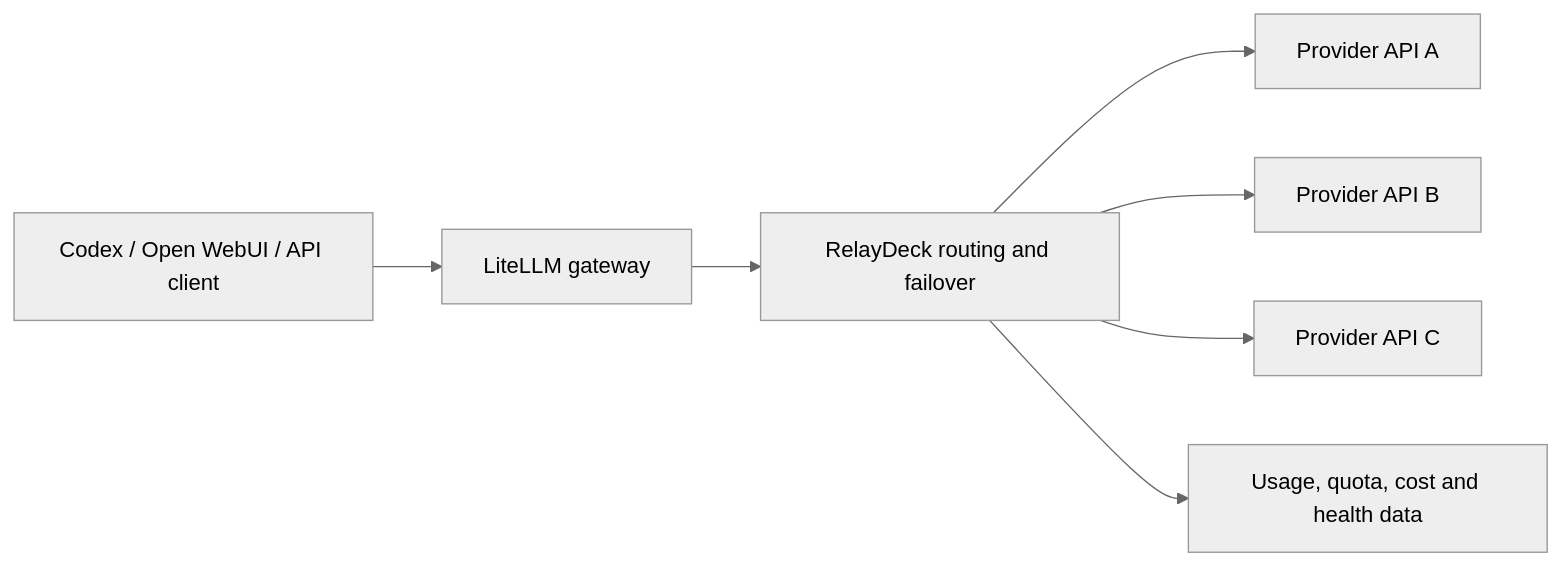
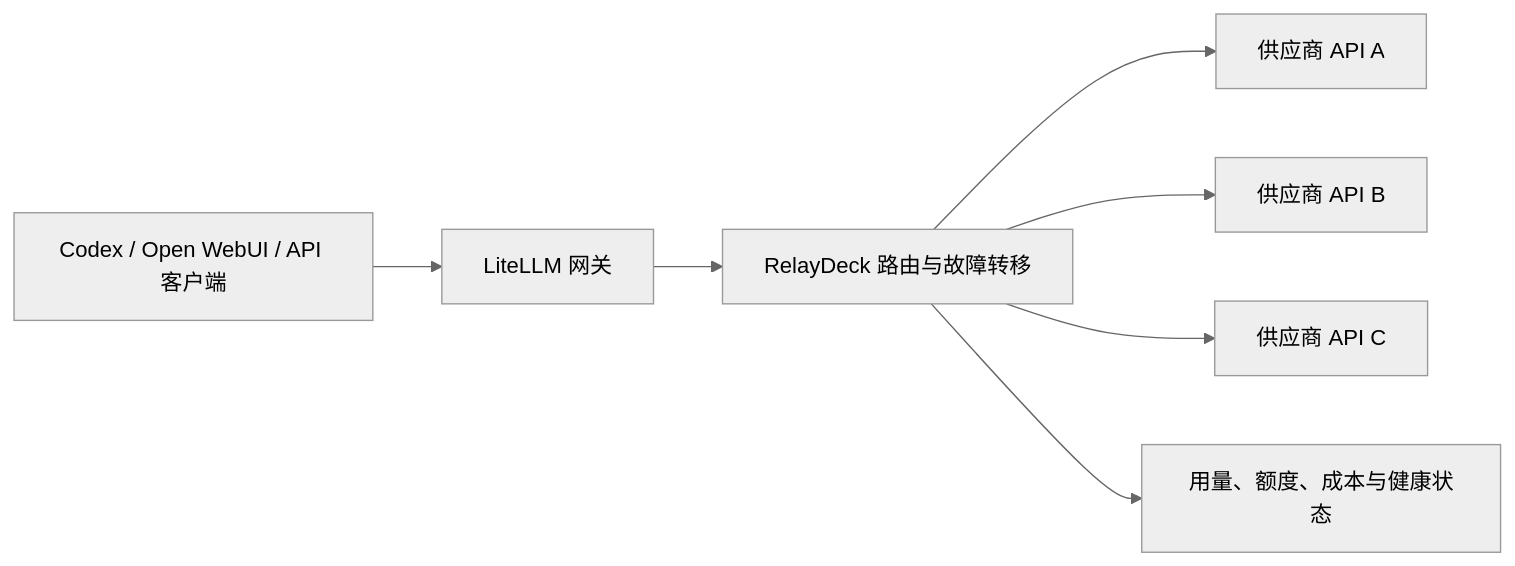
One commit to netdragon-beep/llm-cost-aware-multi-provider-router changed the diagram in README.md. Above: the diagram before and after it, drawn with Mermaid (neutral theme). The commit also changed other lines of this file and 3 other files, not shown here.

````diff
--- a/README.md
+++ b/README.md
@@ -26,9 +20,9 @@
 ```mermaid
 flowchart LR
-    C[Codex / Open WebUI / API client] --> G[LiteLLM gateway]
-    G --> R[RelayDeck routing and failover]
-    R --> P1[Provider API A]
-    R --> P2[Provider API B]
-    R --> P3[Provider API C]
-    R --> D[Usage, quota, cost and health data]
+    C["Codex / Open WebUI / API 客户端"] --> G["LiteLLM 网关"]
+    G --> R["RelayDeck 路由与故障转移"]
+    R --> P1["供应商 API A"]
+    R --> P2["供应商 API B"]
+    R --> P3["供应商 API C"]
+    R --> D["用量、额度、成本与健康状态"]
 ```
````
